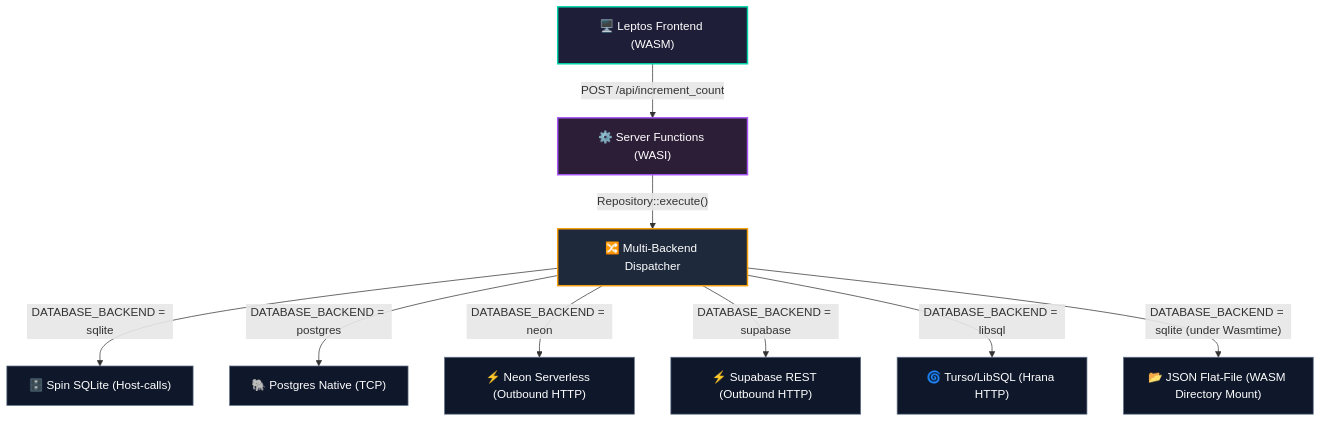
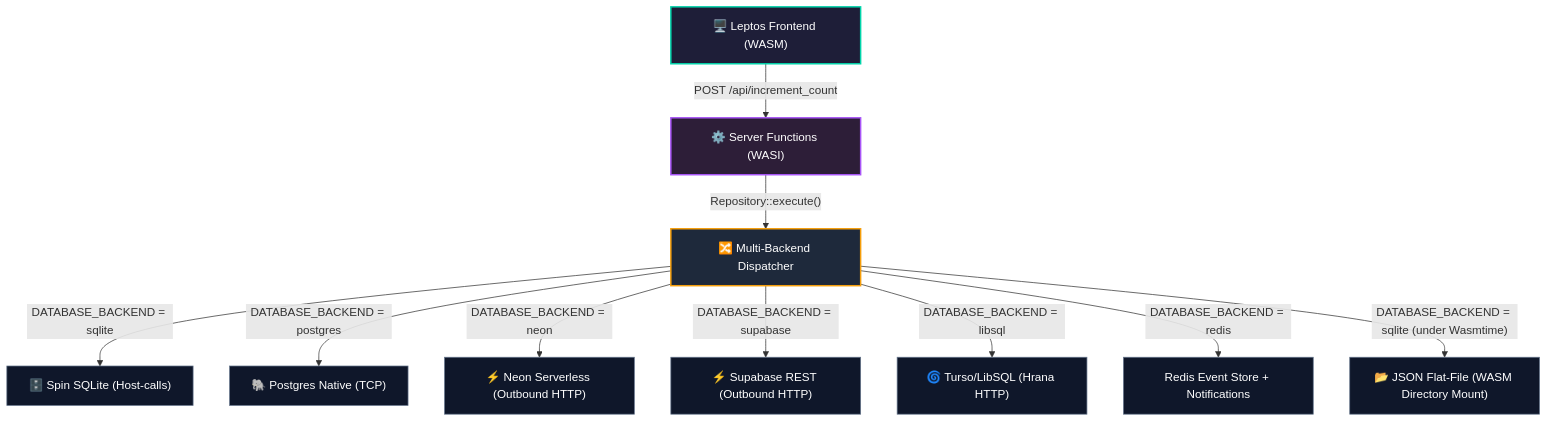
One commit to hexuria/ddd-cqrs-es changed the second of 3 diagrams in docs/tutorial/leptos-ssr.md. Above: the diagram before and after it, drawn with Mermaid. The commit also changed other lines of this file and 24 other files, not shown here.

````diff
--- a/docs/tutorial/leptos-ssr.md
+++ b/docs/tutorial/leptos-ssr.md
@@ -1047,31 +1056,33 @@
 ```mermaid
 flowchart TD
     %% Define styles
     classDef client fill:#1e1e38,stroke:#00d4aa,stroke-width:2px,color:#fff;
     classDef server fill:#2d1e38,stroke:#a855f7,stroke-width:2px,color:#fff;
     classDef routing fill:#1e293b,stroke:#f59e0b,stroke-width:2px,color:#fff;
     classDef storage fill:#0f172a,stroke:#64748b,stroke-width:1px,color:#fff;
 
     Client["🖥️ Leptos Frontend (WASM)"]:::client
     Server["⚙️ Server Functions (WASI)"]:::server
     Router["🔀 Multi-Backend Dispatcher"]:::routing
     
     %% Storage Backends
     SpinSqlite["🗄️ Spin SQLite (Host-calls)"]:::storage
     PostgresNative["🐘 Postgres Native (TCP)"]:::storage
     NeonPostgres["⚡ Neon Serverless (Outbound HTTP)"]:::storage
     SupabaseDB["⚡ Supabase REST (Outbound HTTP)"]:::storage
     TursoLibSql["🌀 Turso/LibSQL (Hrana HTTP)"]:::storage
+    RedisStore["Redis Event Store + Notifications"]:::storage
     JsonFile["📂 JSON Flat-File (WASM Directory Mount)"]:::storage
 
     %% Relationships
     Client -->|"POST /api/increment_count"| Server
     Server -->|"Repository::execute()"| Router
     
     Router -->|"DATABASE_BACKEND = sqlite"| SpinSqlite
     Router -->|"DATABASE_BACKEND = postgres"| PostgresNative
     Router -->|"DATABASE_BACKEND = neon"| NeonPostgres
     Router -->|"DATABASE_BACKEND = supabase"| SupabaseDB
     Router -->|"DATABASE_BACKEND = libsql"| TursoLibSql
+    Router -->|"DATABASE_BACKEND = redis"| RedisStore
     Router -->|"DATABASE_BACKEND = sqlite (under Wasmtime)"| JsonFile
 ```
````
